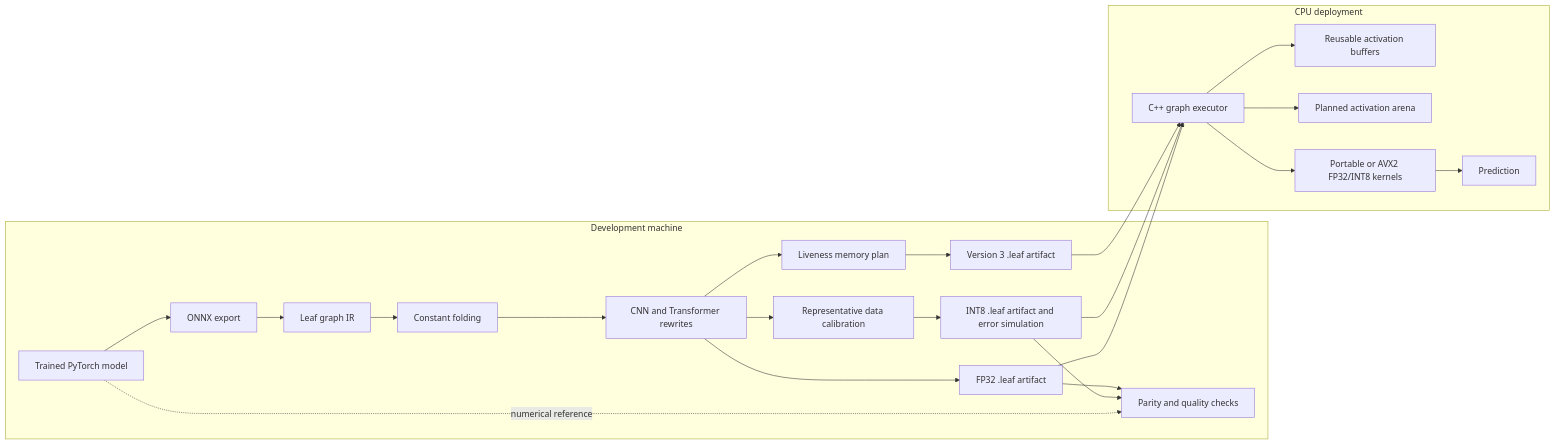
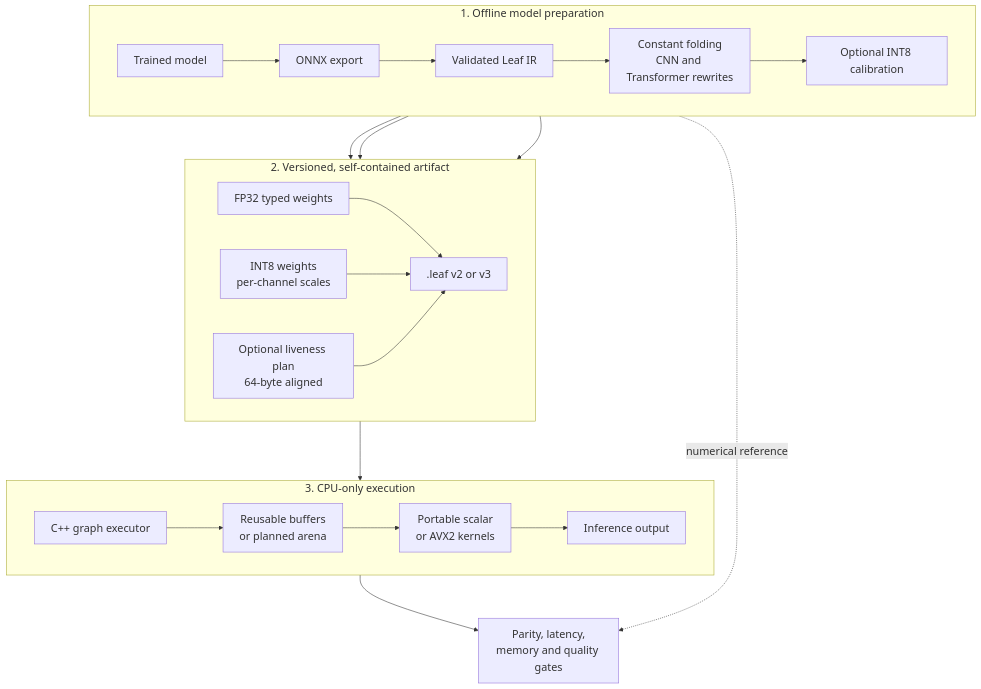
The first of 2 diagrams in README.md (Nbit-51/Leaf), drawn with Mermaid before and after one commit. The commit also changed other lines of this file and 21 other files, not shown here.

Commit message:
Add native Transformer operators and benchmark gates

````diff
--- a/README.md
+++ b/README.md
@@ -66,26 +69,28 @@
 ```mermaid
-flowchart LR
-    subgraph Dev[Development machine]
-      PT[Trained PyTorch model] --> ONNX[ONNX export]
-      ONNX --> IR[Leaf graph IR]
-      IR --> CF[Constant folding]
-      CF --> FU[CNN and Transformer rewrites]
-      FU --> FP[FP32 .leaf artifact]
-      FU --> CAL[Representative data calibration]
-      CAL --> Q[INT8 .leaf artifact and error simulation]
-      FU --> MP[Liveness memory plan]
-      MP --> V3[Version 3 .leaf artifact]
-      PT -. numerical reference .-> CHECK[Parity and quality checks]
-      Q --> CHECK
-      FP --> CHECK
+%%{init: {"themeVariables": {"fontSize": "20px"}, "flowchart": {"nodeSpacing": 65, "rankSpacing": 80}}}%%
+flowchart TB
+    subgraph BUILD[1. Offline model preparation]
+      direction LR
+      MODEL[Trained model] --> ONNX[ONNX export] --> IR[Validated Leaf IR]
+      IR --> OPT[Constant folding<br/>CNN and Transformer rewrites]
+      OPT --> CAL[Optional INT8 calibration]
     end
-    subgraph Target[CPU deployment]
-      FP --> EX[C++ graph executor]
-      Q --> EX
-      V3 --> EX
-      EX --> POOL[Reusable activation buffers]
-      EX --> ARENA[Planned activation arena]
-      EX --> KERNEL[Portable or AVX2 FP32/INT8 kernels]
-      KERNEL --> OUT[Prediction]
+    subgraph ARTIFACT[2. Versioned, self-contained artifact]
+      direction LR
+      OPT --> FP[FP32 typed weights]
+      CAL --> INT8[INT8 weights<br/>per-channel scales]
+      FP --> FILE[.leaf v2 or v3]
+      INT8 --> FILE
+      PLAN[Optional liveness plan<br/>64-byte aligned] --> FILE
+      OPT --> PLAN
     end
+    subgraph DEPLOY[3. CPU-only execution]
+      direction LR
+      FILE --> EXEC[C++ graph executor]
+      EXEC --> BUFFER[Reusable buffers<br/>or planned arena]
+      BUFFER --> KERNEL[Portable scalar<br/>or AVX2 kernels]
+      KERNEL --> OUTPUT[Inference output]
+    end
+    MODEL -. numerical reference .-> CHECK[Parity, latency,<br/>memory and quality gates]
+    OUTPUT --> CHECK
 ```
````
